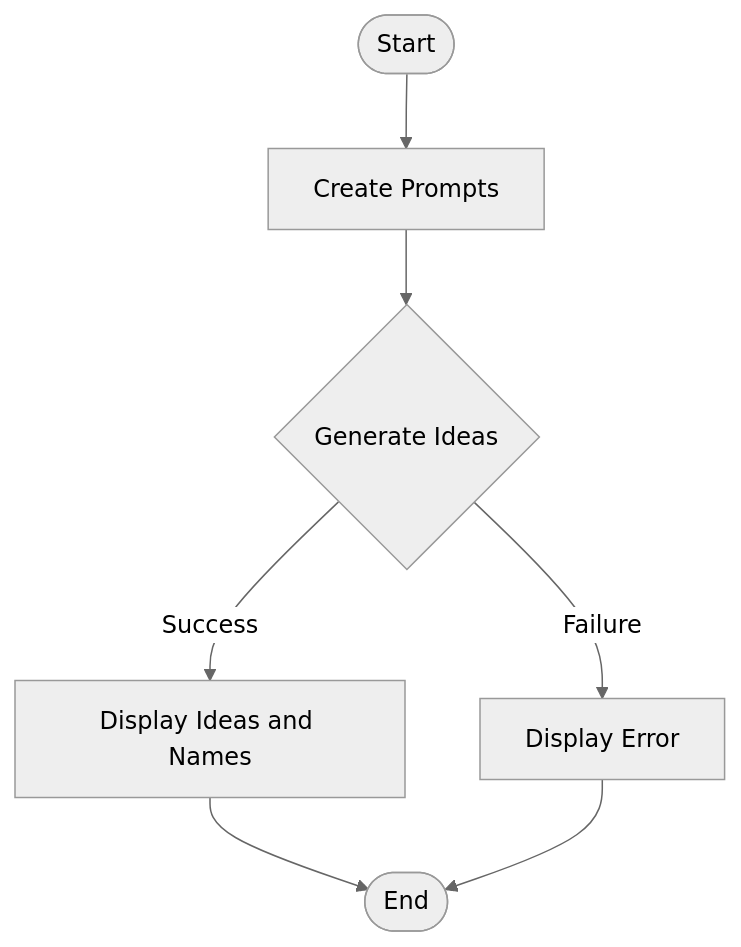
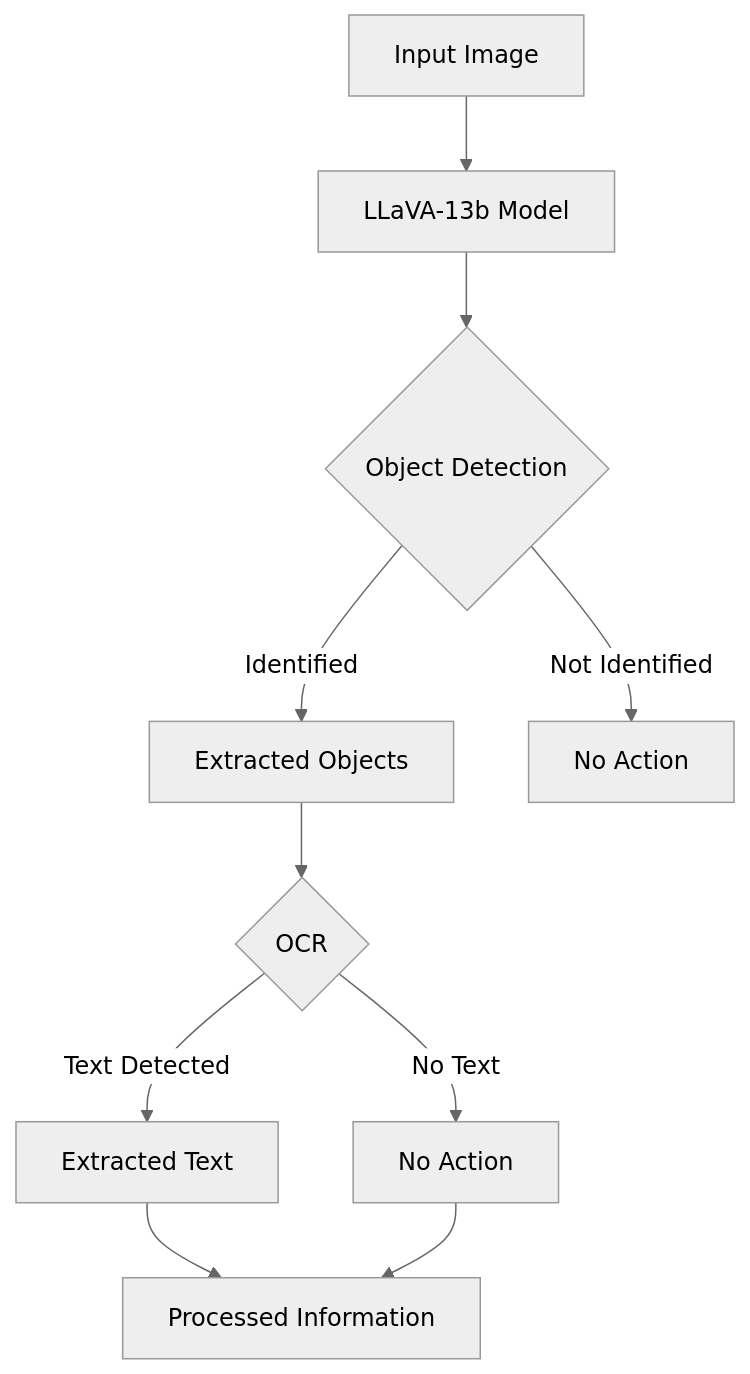
The diagram in apps/blog/blog/2023-11-05-llava-13b/index.mdx (nicolad/openai-kitchen-sink), drawn with Mermaid (neutral theme) before and after one commit. The commit also changed other lines of this file and 2 other files, not shown here.

````diff
--- a/apps/blog/blog/2023-11-05-llava-13b/index.mdx
+++ b/apps/blog/blog/2023-11-05-llava-13b/index.mdx
@@ -21,9 +22,12 @@
 ```mermaid
 flowchart TD
-    A([Start]) --> B[Create Prompts]
-    B --> C{Generate Ideas}
-    C -->|Success| D[Display Ideas and Names]
-    C -->|Failure| E[Display Error]
-    D --> F([End])
-    E --> F
+    A[Input Image] --> B[LLaVA-13b Model]
+    B --> C{Object Detection}
+    C -->|Identified| D[Extracted Objects]
+    C -->|Not Identified| E[No Action]
+    D --> F{OCR}
+    F -->|Text Detected| G[Extracted Text]
+    F -->|No Text| H[No Action]
+    G --> I[Processed Information]
+    H --> I
 ```
````
